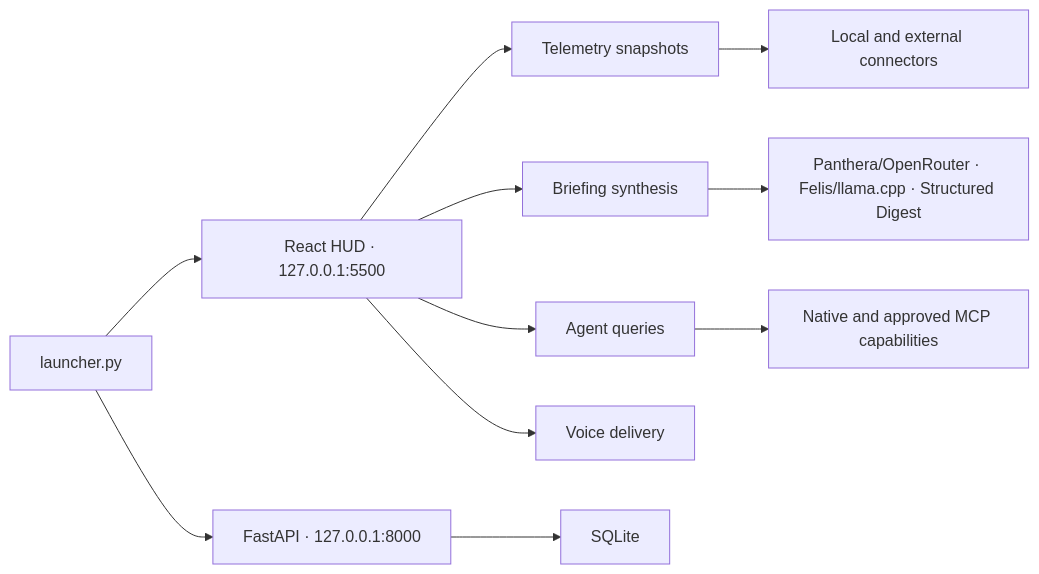
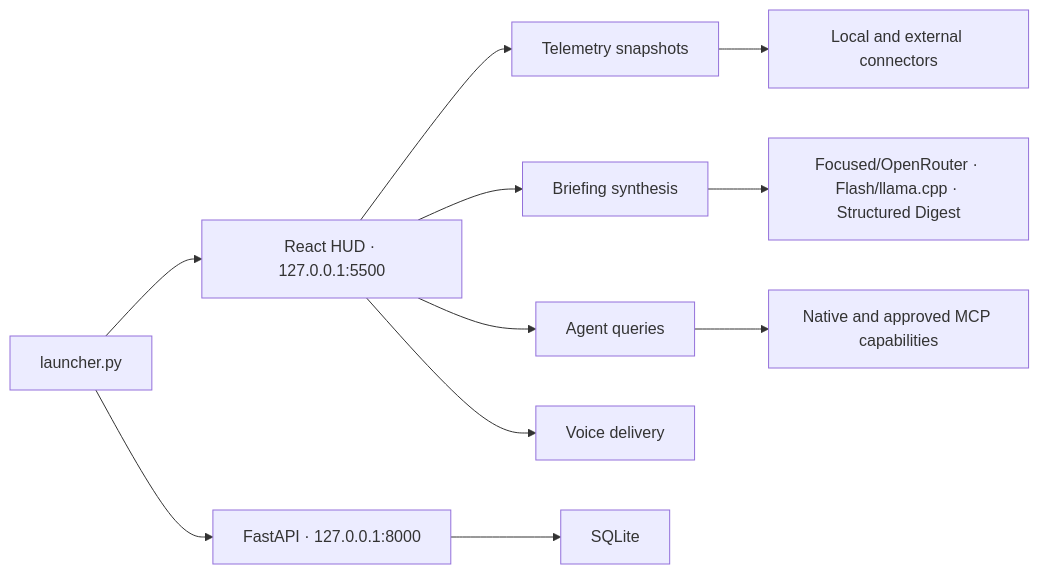
Before and after one commit to edumarcano/APEX: the diagram in README.md, drawn with Mermaid. The commit also changed other lines of this file and 136 other files, not shown here.

````diff
--- a/README.md
+++ b/README.md
@@ -74,13 +74,13 @@
 ```mermaid
 flowchart LR
     L["launcher.py"] --> API["FastAPI · 127.0.0.1:8000"]
     L --> HUD["React HUD · 127.0.0.1:5500"]
     HUD --> T["Telemetry snapshots"]
     HUD --> B["Briefing synthesis"]
     HUD --> A["Agent queries"]
     HUD --> V["Voice delivery"]
     T --> C["Local and external connectors"]
-    B --> M["Panthera/OpenRouter · Felis/llama.cpp · Structured Digest"]
+    B --> M["Focused/OpenRouter · Flash/llama.cpp · Structured Digest"]
     A --> P["Native and approved MCP capabilities"]
     API --> DB["SQLite"]
 ```
````
